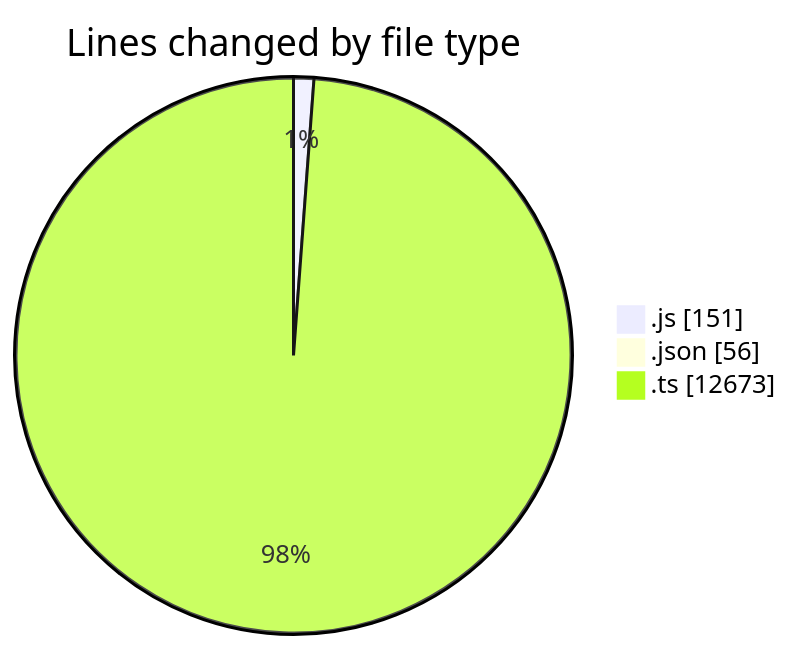
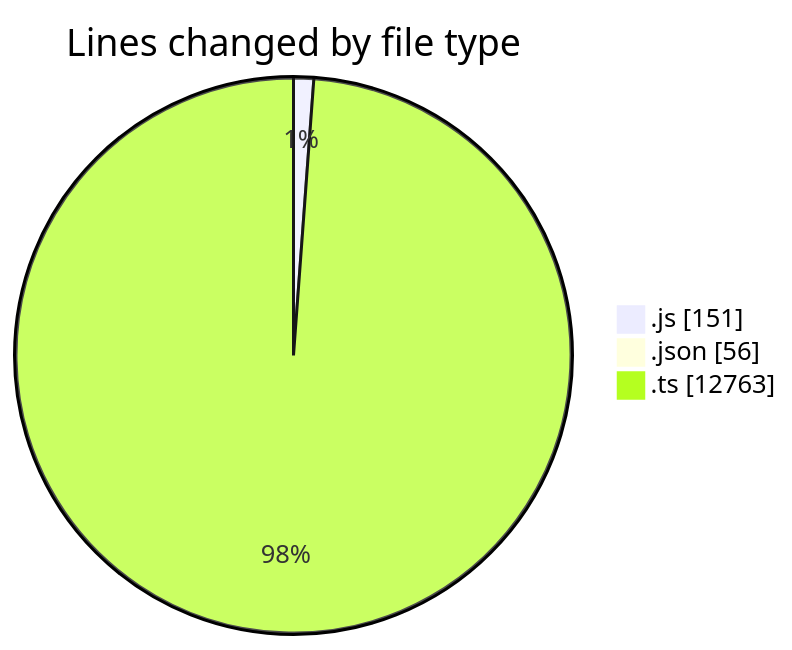
Before and after one commit to momahboobian/code-tracking: the first of 2 diagrams in 2025-09-04/cda/README.md, drawn with Mermaid. The commit also changed other lines of this file and 1 other file, not shown here.

````diff
--- a/2025-09-04/cda/README.md
+++ b/2025-09-04/cda/README.md
@@ -28,7 +29,7 @@
 ```mermaid
 pie showData
 title Lines changed by file type
 ".js" : 151
 ".json" : 56
-".ts" : 12673
+".ts" : 12763
 ```
````
